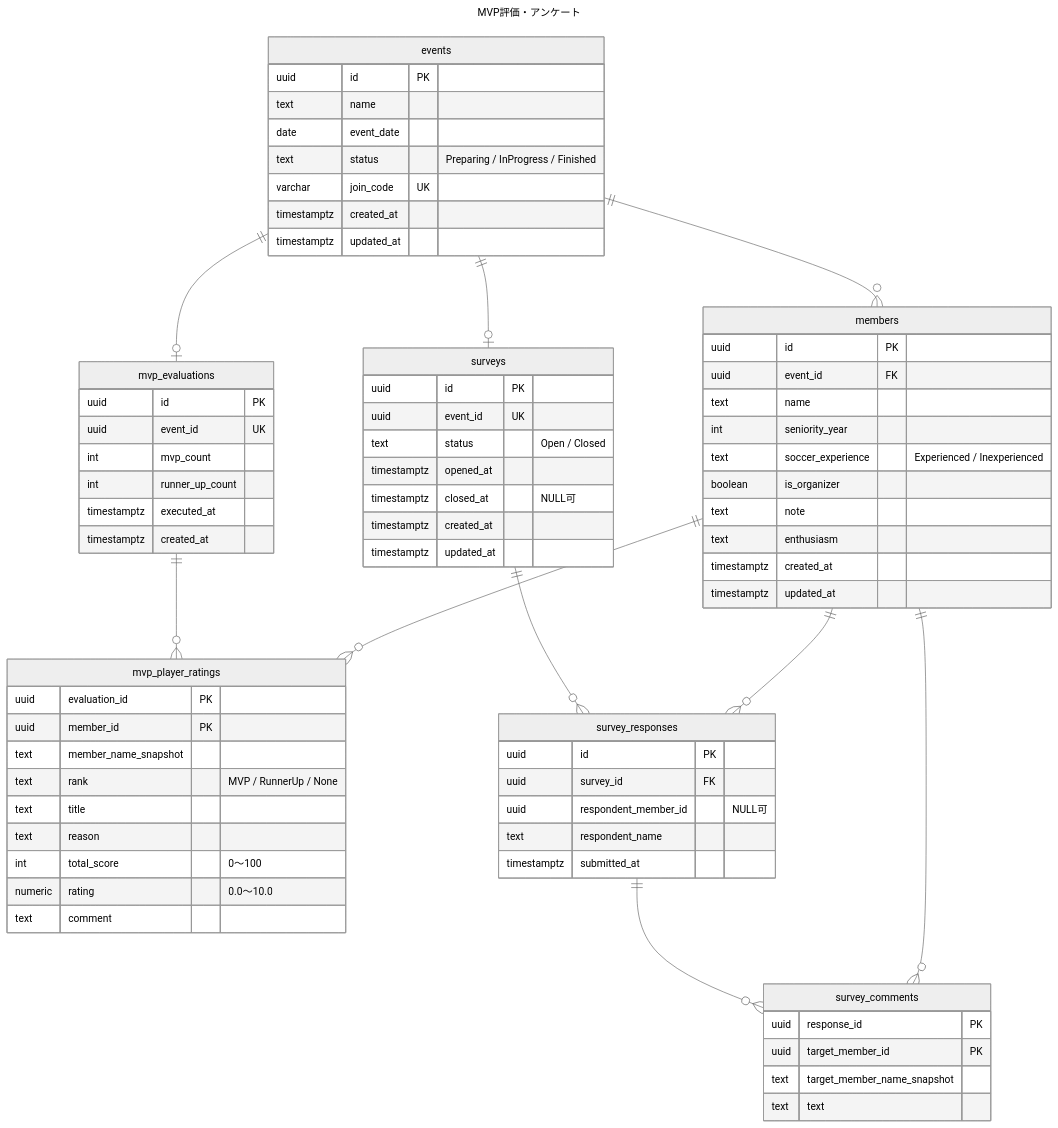
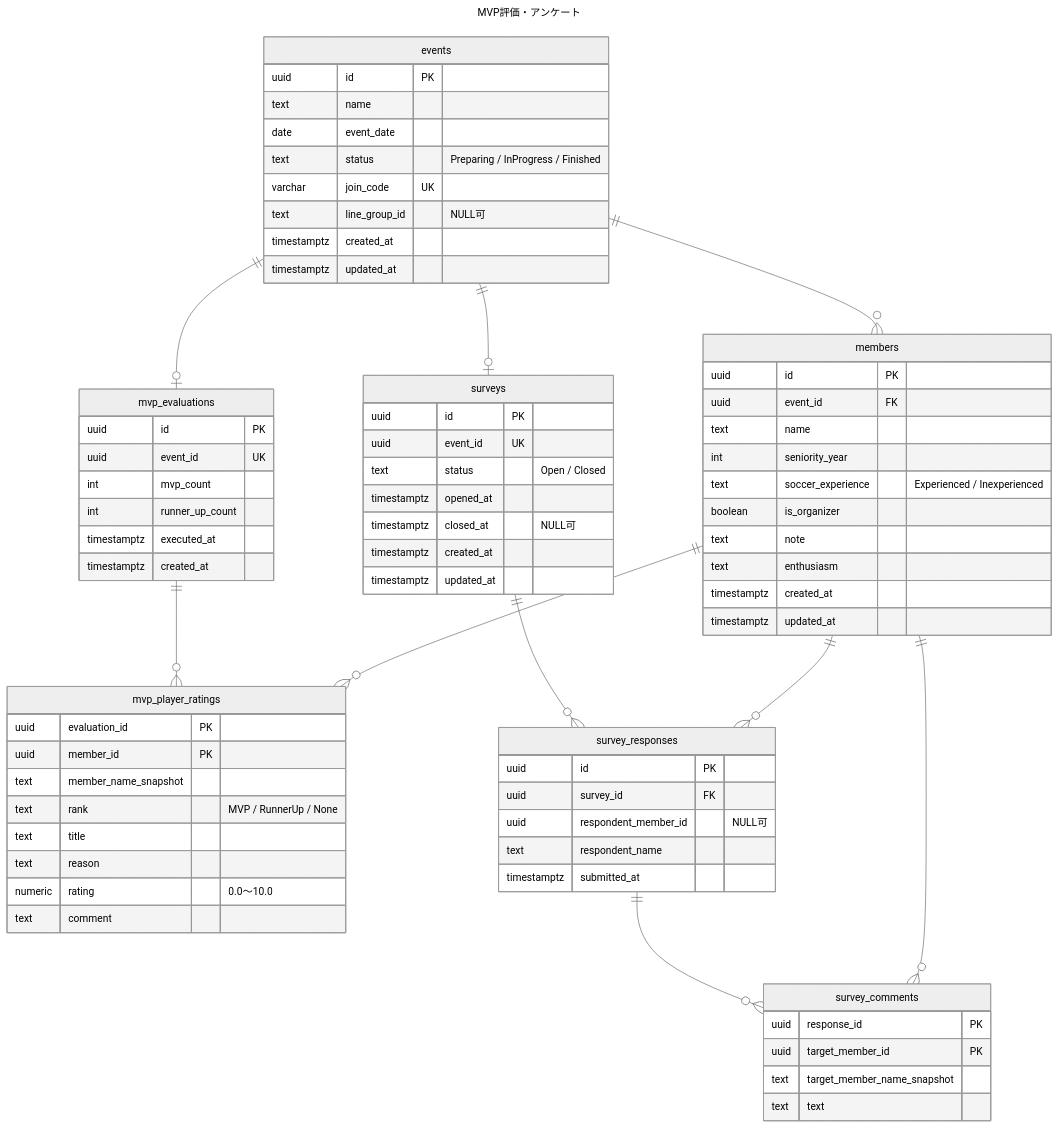
One commit to thenotoriousoga/Salu-Reco changed the second of 2 diagrams in docs/er-diagram.md. Above: the diagram before and after it, drawn with Mermaid (neutral theme). The commit also changed other lines of this file and 8 other files, not shown here.

```diff
--- a/docs/er-diagram.md
+++ b/docs/er-diagram.md
@@ -91,6 +92,7 @@
         date event_date
         text status "Preparing / InProgress / Finished"
         varchar join_code UK
+        text line_group_id "NULL可"
         timestamptz created_at
         timestamptz updated_at
     }
@@ -124,7 +126,6 @@
         text rank "MVP / RunnerUp / None"
         text title
         text reason
-        int total_score "0〜100"
         numeric rating "0.0〜10.0"
         text comment
     }
```
